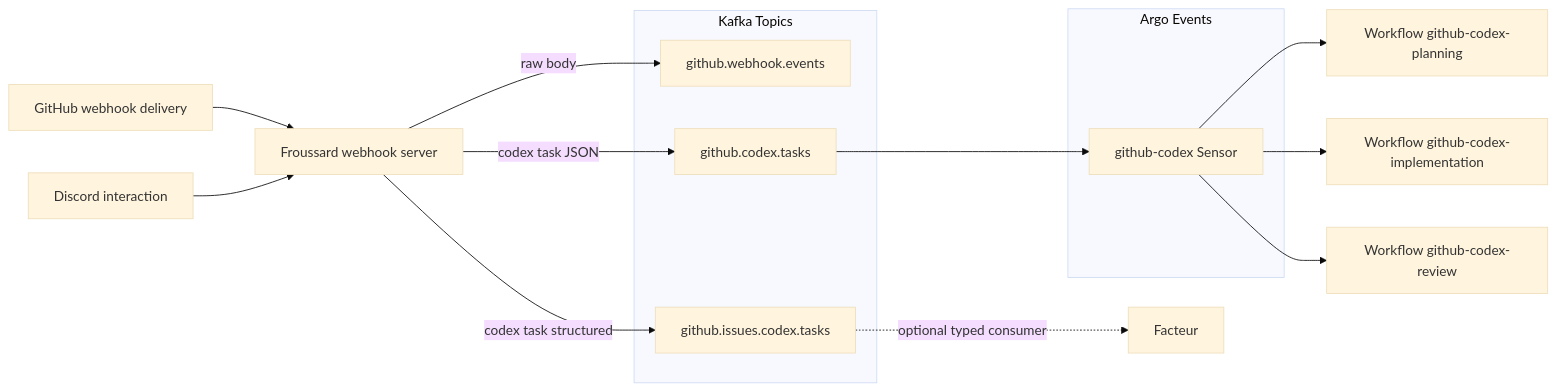
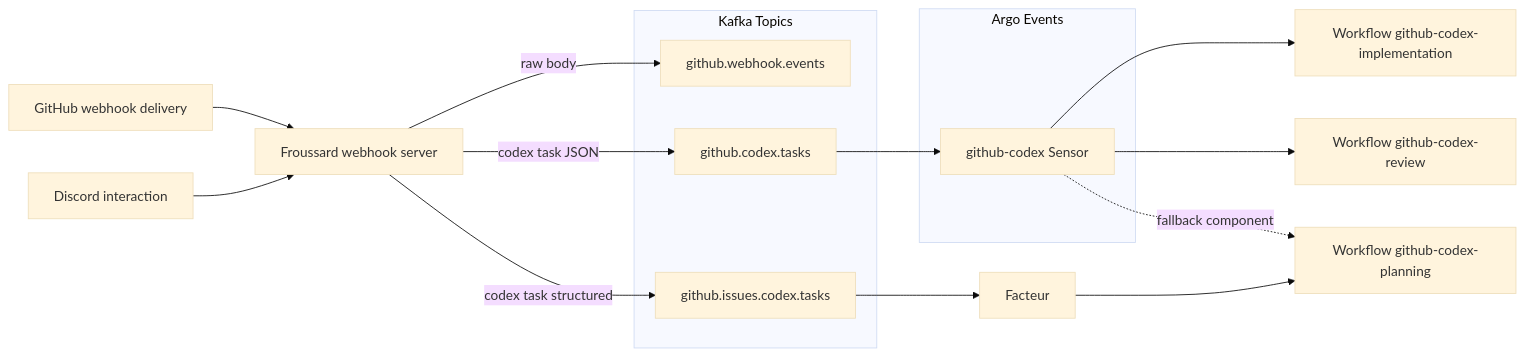
Before and after one commit to proompteng/lab: the diagram in docs/codex-workflow.md, drawn with Mermaid (base theme). The commit also changed other lines of this file and 15 other files, not shown here.

Commit message:
feat: orchestrate codex planning via Facteur (#1636)

````diff
--- a/docs/codex-workflow.md
+++ b/docs/codex-workflow.md
@@ -21,21 +17,22 @@
 ```mermaid
 flowchart LR
   GH[GitHub webhook delivery] --> Froussard[Froussard webhook server]
   Discord[Discord interaction] --> Froussard
   subgraph Kafka[Kafka Topics]
     Raw[github.webhook.events]
     Tasks[github.codex.tasks]
     Structured[github.issues.codex.tasks]
   end
   Froussard -->|raw body| Raw
   Froussard -->|codex task JSON| Tasks
   Froussard -->|codex task structured| Structured
   subgraph ArgoEvents[Argo Events]
     Sensor[github-codex Sensor]
   end
   Tasks --> Sensor
-  Sensor --> Planning[Workflow github-codex-planning]
   Sensor --> Implementation[Workflow github-codex-implementation]
   Sensor --> Review[Workflow github-codex-review]
-  Structured -. optional typed consumer .-> Facteur
+  Structured --> Facteur
+  Facteur --> Planning[Workflow github-codex-planning]
+  Sensor -. fallback component .-> Planning
 ```
````
